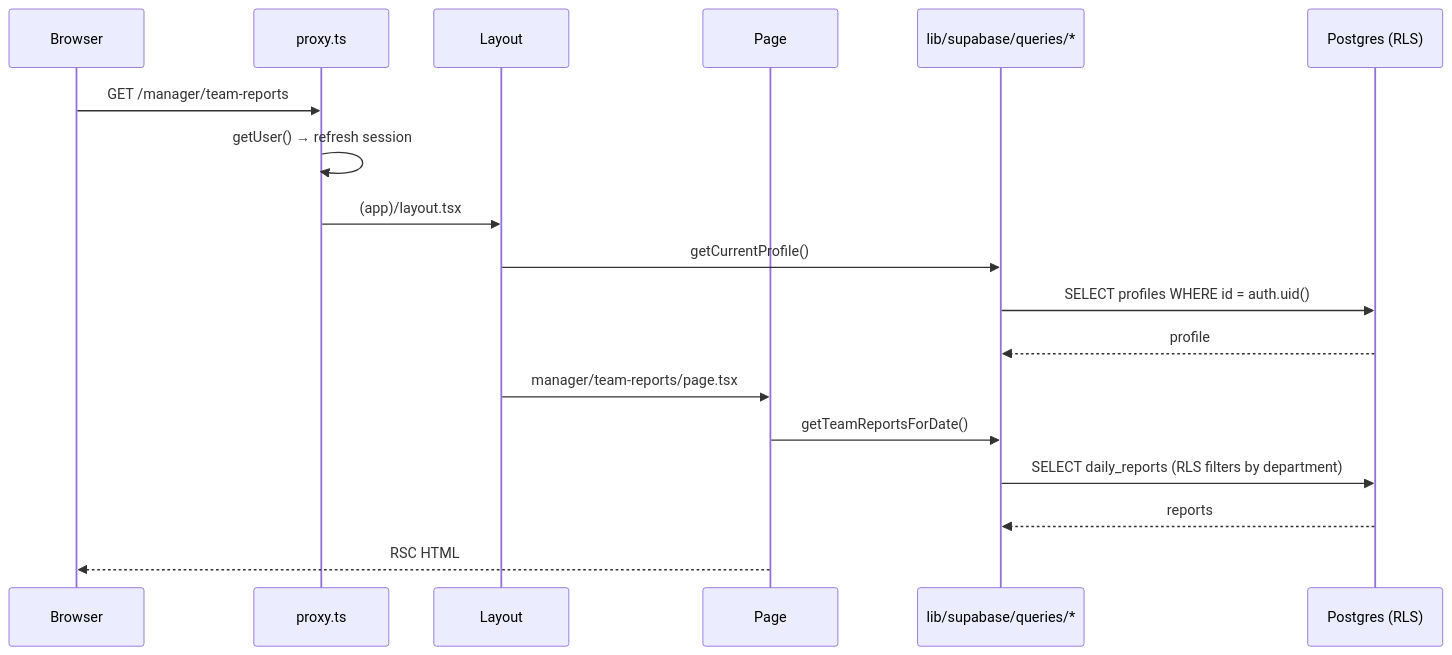
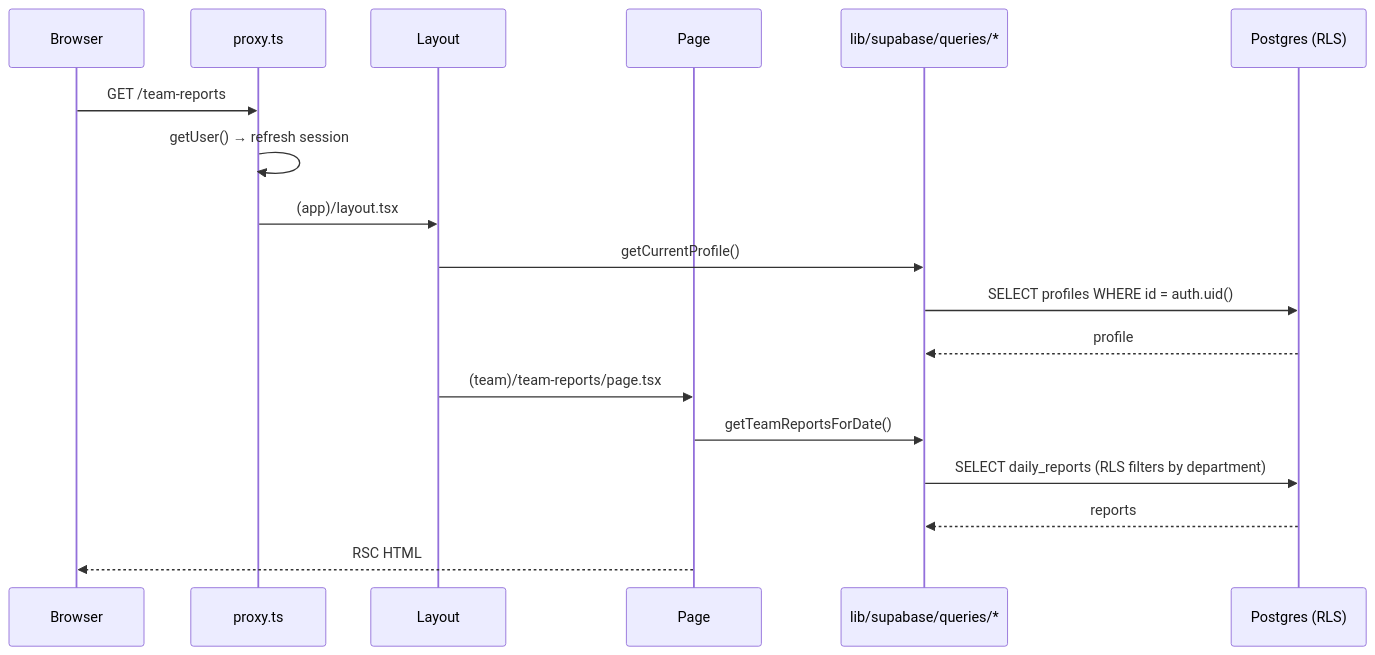
Before and after one commit to umairumd/dossier: the second of 4 diagrams in docs/ARCHITECTURE.md, drawn with Mermaid. The commit also changed other lines of this file and 27 other files, not shown here.

````diff
--- a/docs/ARCHITECTURE.md
+++ b/docs/ARCHITECTURE.md
@@ -119,21 +119,21 @@
 ```mermaid
 sequenceDiagram
     participant Browser
     participant Proxy as proxy.ts
     participant Layout
     participant Page
     participant Query as lib/supabase/queries/*
     participant Postgres as Postgres (RLS)
     
-    Browser->>Proxy: GET /manager/team-reports
+    Browser->>Proxy: GET /team-reports
     Proxy->>Proxy: getUser() → refresh session
     Proxy->>Layout: (app)/layout.tsx
     Layout->>Query: getCurrentProfile()
     Query->>Postgres: SELECT profiles WHERE id = auth.uid()
     Postgres-->>Query: profile
-    Layout->>Page: manager/team-reports/page.tsx
+    Layout->>Page: (team)/team-reports/page.tsx
     Page->>Query: getTeamReportsForDate()
     Query->>Postgres: SELECT daily_reports (RLS filters by department)
     Postgres-->>Query: reports
     Page-->>Browser: RSC HTML
 ```
````
